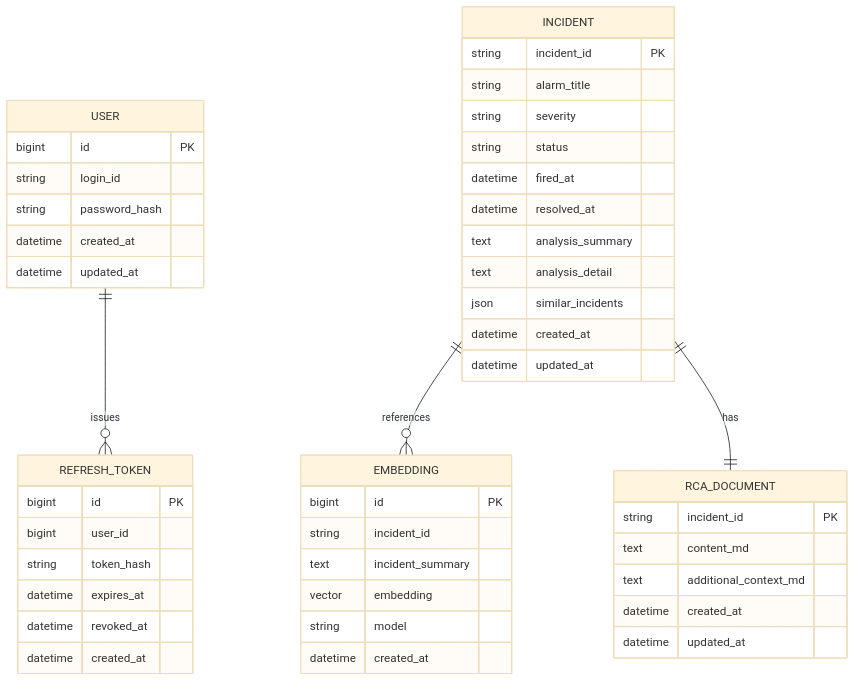
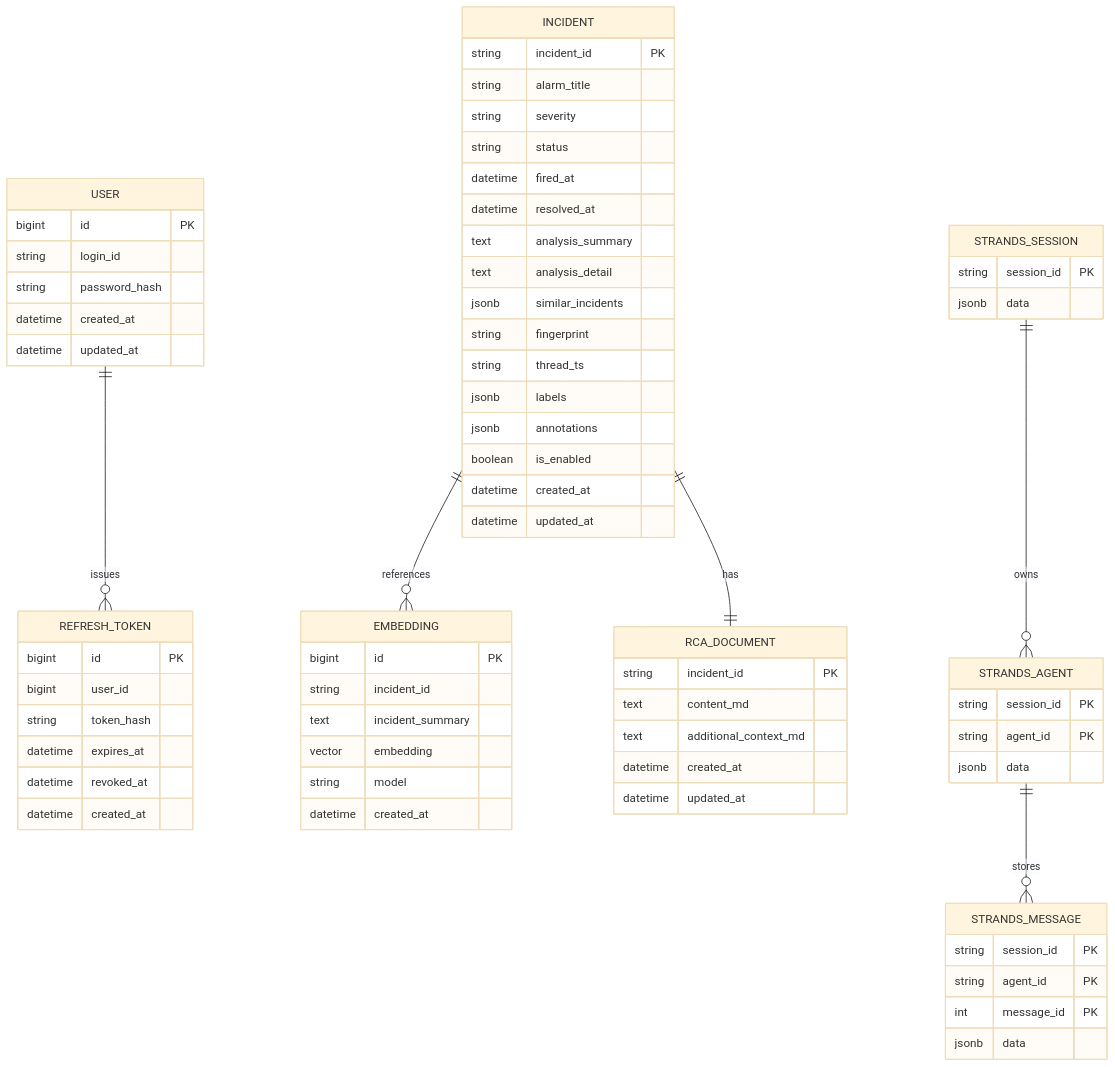
One commit to kube-rca/kuberca changed the diagram in docs/diagrams/entity_relationship_diagram.md. Above: the diagram before and after it, drawn with Mermaid (base theme). The commit also changed other lines of this file and 3 other files, not shown here.

Commit message:
docs(diagrams): sync with deployment config

````diff
--- a/docs/diagrams/entity_relationship_diagram.md
+++ b/docs/diagrams/entity_relationship_diagram.md
@@ -6,54 +7,79 @@
 ```mermaid
 erDiagram
   USER ||--o{ REFRESH_TOKEN : issues
   INCIDENT ||--o{ EMBEDDING : references
   INCIDENT ||--|| RCA_DOCUMENT : has
+  STRANDS_SESSION ||--o{ STRANDS_AGENT : owns
+  STRANDS_AGENT ||--o{ STRANDS_MESSAGE : stores
 
   USER {
     bigint id PK
     string login_id
     string password_hash
     datetime created_at
     datetime updated_at
   }
 
   REFRESH_TOKEN {
     bigint id PK
     bigint user_id
     string token_hash
     datetime expires_at
     datetime revoked_at
     datetime created_at
   }
 
   INCIDENT {
     string incident_id PK
     string alarm_title
     string severity
     string status
     datetime fired_at
     datetime resolved_at
     text analysis_summary
     text analysis_detail
-    json similar_incidents
+    jsonb similar_incidents
+    string fingerprint
+    string thread_ts
+    jsonb labels
+    jsonb annotations
+    boolean is_enabled
     datetime created_at
     datetime updated_at
   }
 
   EMBEDDING {
     bigint id PK
     string incident_id
     text incident_summary
     vector embedding
     string model
     datetime created_at
   }
 
+  STRANDS_SESSION {
+    string session_id PK
+    jsonb data
+  }
+
+  STRANDS_AGENT {
+    string session_id PK
+    string agent_id PK
+    jsonb data
+  }
+
+  STRANDS_MESSAGE {
+    string session_id PK
+    string agent_id PK
+    int message_id PK
+    jsonb data
+  }
+
   RCA_DOCUMENT {
     string incident_id PK
     text content_md
     text additional_context_md
     datetime created_at
     datetime updated_at
   }
 ```
````
